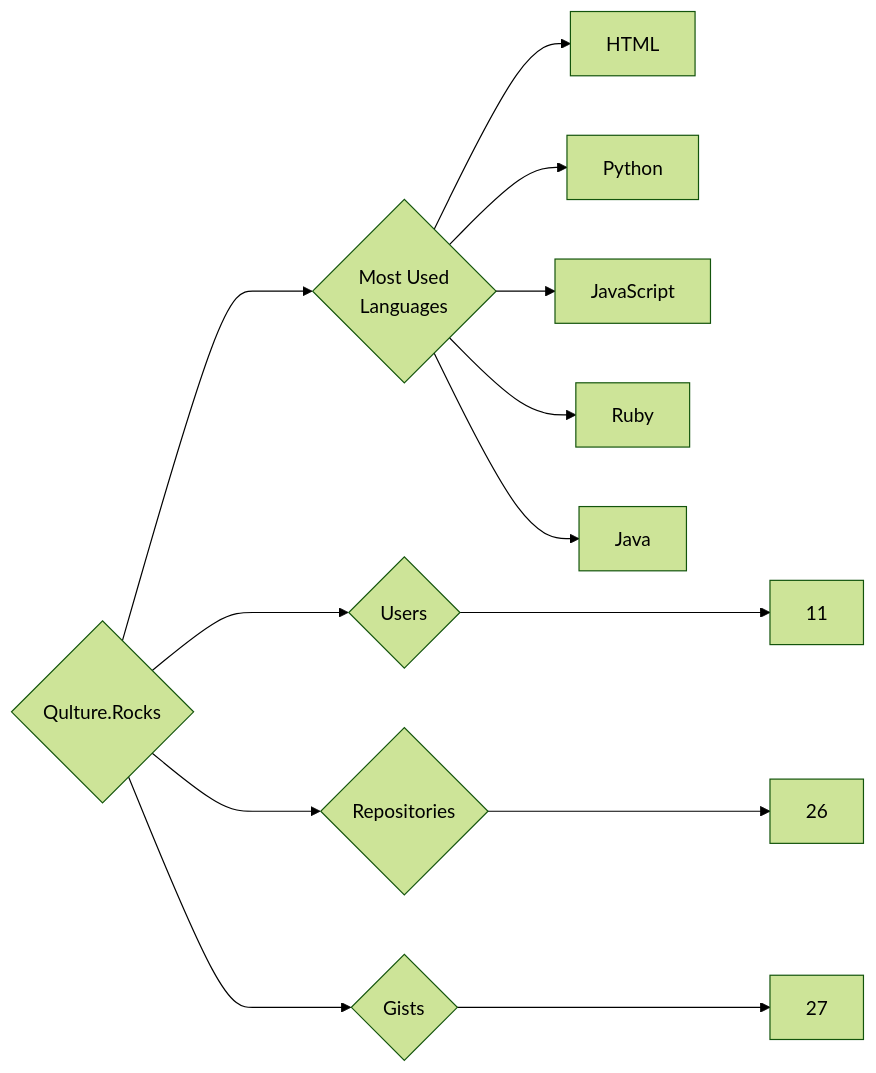
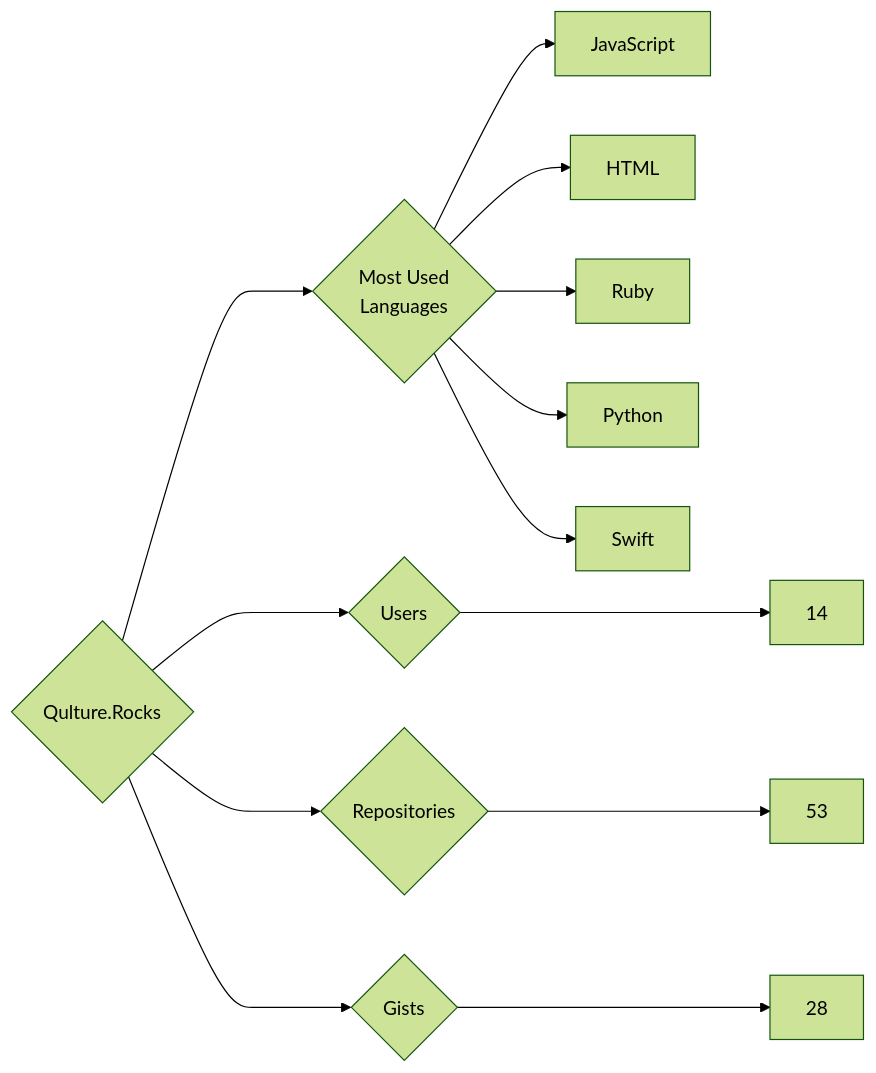
Before and after one commit to trickest/insiders: the diagram in targets/Qulture.Rocks/README.md, drawn with Mermaid (forest theme). The commit also changed 964 other files, not shown here.

````diff
--- a/targets/Qulture.Rocks/README.md
+++ b/targets/Qulture.Rocks/README.md
@@ -3,13 +3,13 @@
 ```mermaid
 graph LR
 COMPANY_NAME{Qulture.Rocks}
-COMPANY_NAME ---> U{Users} ---> UN[11]
-COMPANY_NAME ---> R{Repositories} ---> RN[26]
-COMPANY_NAME ---> G{Gists} ---> GN[27]
+COMPANY_NAME ---> U{Users} ---> UN[14]
+COMPANY_NAME ---> R{Repositories} ---> RN[53]
+COMPANY_NAME ---> G{Gists} ---> GN[28]
 COMPANY_NAME ---> ML{Most Used<br>Languages}
+ML --> JavaScript[JavaScript]
 ML --> HTML[HTML]
+ML --> Ruby[Ruby]
 ML --> Python[Python]
-ML --> JavaScript[JavaScript]
-ML --> Ruby[Ruby]
-ML --> Java[Java]
+ML --> Swift[Swift]
 ```
````
